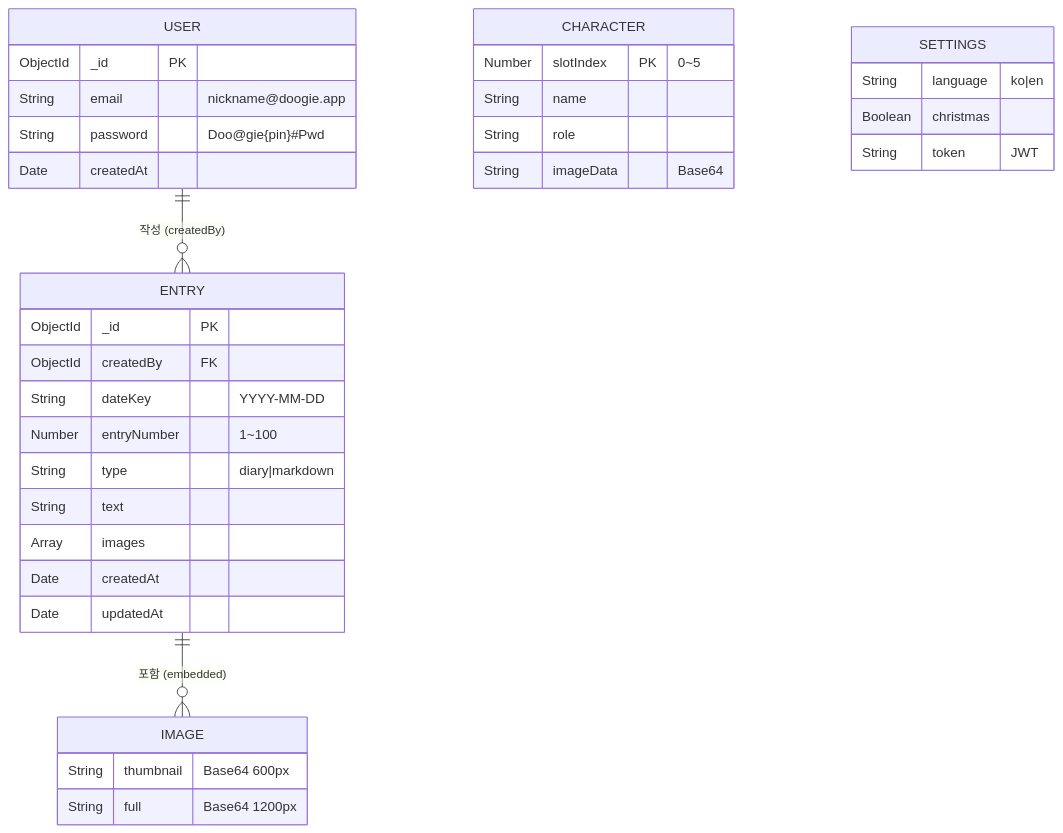
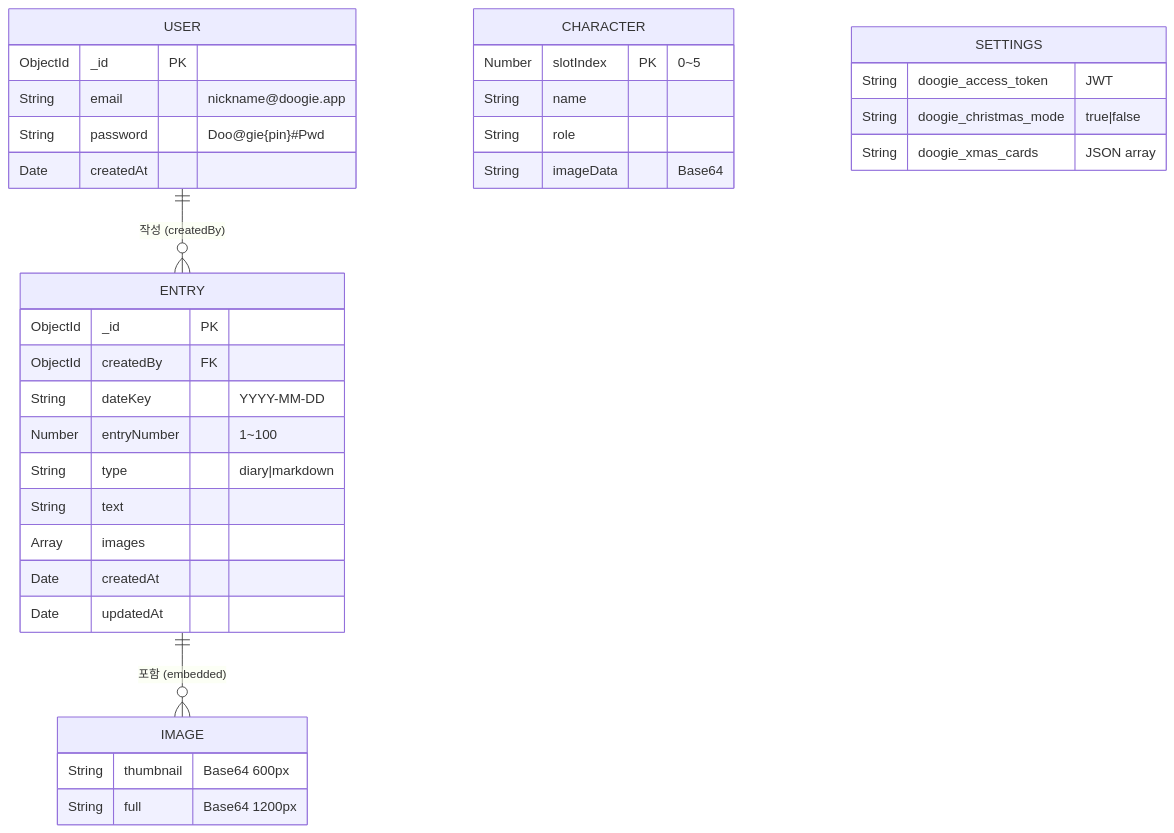
Before and after one commit to popup-koyu/doogie-diary: the first of 4 diagrams in docs/01-plan/domain-model.md, drawn with Mermaid. The commit also changed other lines of this file and 9 other files, not shown here.

````diff
--- a/docs/01-plan/domain-model.md
+++ b/docs/01-plan/domain-model.md
@@ -13,42 +13,42 @@
 ```mermaid
 erDiagram
     USER ||--o{ ENTRY : "작성 (createdBy)"
     ENTRY ||--o{ IMAGE : "포함 (embedded)"
 
     USER {
         ObjectId _id PK
         String email "nickname@doogie.app"
         String password "Doo@gie{pin}#Pwd"
         Date createdAt
     }
 
     ENTRY {
         ObjectId _id PK
         ObjectId createdBy FK
         String dateKey "YYYY-MM-DD"
         Number entryNumber "1~100"
         String type "diary|markdown"
         String text
         Array images
         Date createdAt
         Date updatedAt
     }
 
     IMAGE {
         String thumbnail "Base64 600px"
         String full "Base64 1200px"
     }
 
     CHARACTER {
         Number slotIndex PK "0~5"
         String name
         String role
         String imageData "Base64"
     }
 
     SETTINGS {
-        String language "ko|en"
-        Boolean christmas
-        String token "JWT"
+        String doogie_access_token "JWT"
+        String doogie_christmas_mode "true|false"
+        String doogie_xmas_cards "JSON array"
     }
 ```
````
